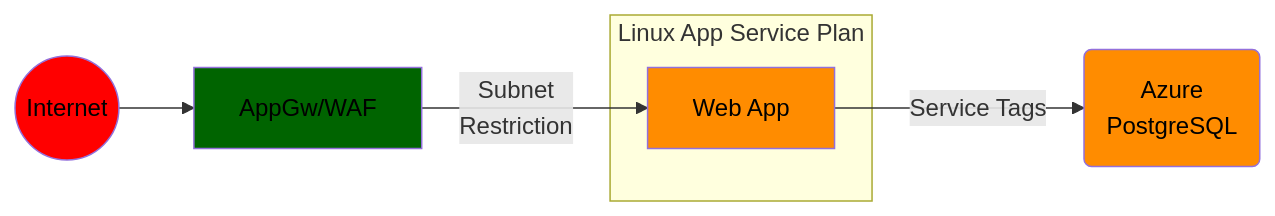
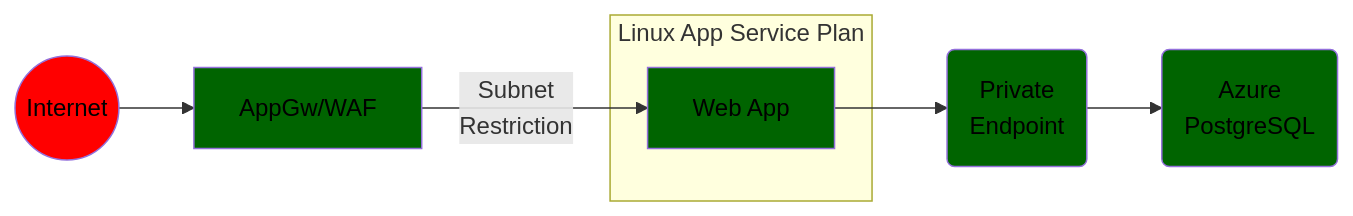
Before and after one commit to msalemor/azure-java-app-linux-networking: the third of 3 diagrams in README.md, drawn with Mermaid. The commit also changed other lines of this file, not shown here.

````diff
--- a/README.md
+++ b/README.md
@@ -51,15 +51,15 @@
 ```mermaid
 graph LR;
   A((Internet))-->F[AppGw/WAF]
   F--Subnet<br/>Restriction-->a2;
   subgraph "Linux App Service Plan"
     a2[Web App]
   end  
-  a2--Service Tags-->D(Azure<br/>PostgreSQL);
+  a2-->D(Private<br/>Endpoint);
+  D-->G(Azure<br/>PostgreSQL);
   classDef unsafe fill:red,color:black;
   class A,B,C unsafe;
-  classDef semisafe fill:darkorange,color:black;
-  class D,a2 semisafe;
+  classDef semisafe fill:darkorange,color:black;  
   classDef safe fill:darkgreen,color:black;
-  class F safe;
+  class D,F,a2,G safe;
 ```
````
